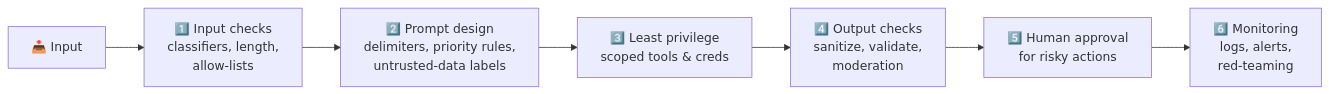
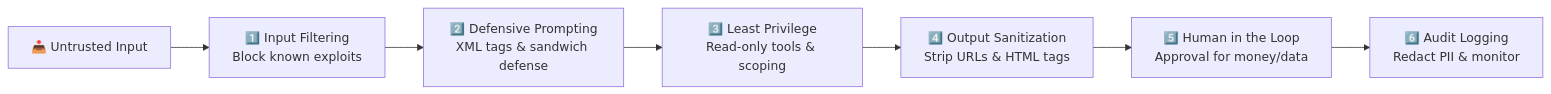
The diagram in modules/14-safety-security-ethics.md (ABVicky/Prompt-Engineering-by-Vicky), drawn with Mermaid before and after one commit. The commit also changed other lines of this file and 19 other files, not shown here.

````diff
--- a/modules/14-safety-security-ethics.md
+++ b/modules/14-safety-security-ethics.md
@@ -68,9 +59,9 @@
 ```mermaid
 flowchart LR
-    I["📥 Input"] --> L1["1️⃣ Input checks<br/>classifiers, length,<br/>allow-lists"]
-    L1 --> L2["2️⃣ Prompt design<br/>delimiters, priority rules,<br/>untrusted-data labels"]
-    L2 --> L3["3️⃣ Least privilege<br/>scoped tools & creds"]
-    L3 --> L4["4️⃣ Output checks<br/>sanitize, validate,<br/>moderation"]
-    L4 --> L5["5️⃣ Human approval<br/>for risky actions"]
-    L5 --> L6["6️⃣ Monitoring<br/>logs, alerts,<br/>red-teaming"]
+    In["📥 Untrusted Input"] --> L1["1️⃣ Input Filtering<br/>Block known exploits"]
+    L1 --> L2["2️⃣ Defensive Prompting<br/>XML tags & sandwich defense"]
+    L2 --> L3["3️⃣ Least Privilege<br/>Read-only tools & scoping"]
+    L3 --> L4["4️⃣ Output Sanitization<br/>Strip URLs & HTML tags"]
+    L4 --> L5["5️⃣ Human in the Loop<br/>Approval for money/data"]
+    L5 --> L6["6️⃣ Audit Logging<br/>Redact PII & monitor"]
 ```
````
